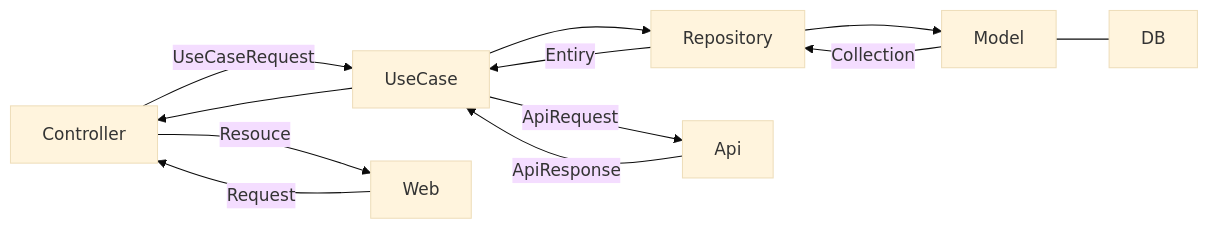
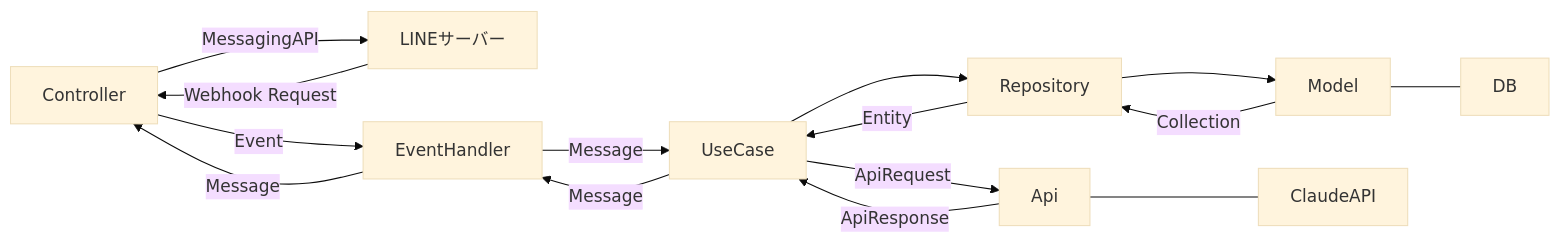
Before and after one commit to mitsuoka0423/laravel-line-handson-2024: the second of 2 diagrams in README.md, drawn with Mermaid (base theme). The commit also changed 16 other files, not shown here.

````diff
--- a/README.md
+++ b/README.md
@@ -100,21 +100,24 @@
 ```mermaid
 graph LR
   Controller
   UseCase
   Repository
   Model
   Api
 
-  Web -->|Request| Controller
-  Controller -->|UseCaseRequest| UseCase
+  LINEサーバー -->|Webhook Request| Controller
+  Controller -->|Event| EventHandler
+  EventHandler -->|Message| UseCase
   UseCase -->|ApiRequest| Api
+  Api --- ClaudeAPI
   UseCase --> Repository
   Repository --> Model
   Model --- DB
 
   Model -->|Collection| Repository
-  Repository -->|Entiry| UseCase
+  Repository -->|Entity| UseCase
   Api -->|ApiResponse| UseCase
-  UseCase --> Controller
-  Controller -->|Resouce| Web
+  UseCase -->|Message| EventHandler
+  EventHandler -->|Message| Controller
+  Controller -->|MessagingAPI| LINEサーバー
 ```
````
